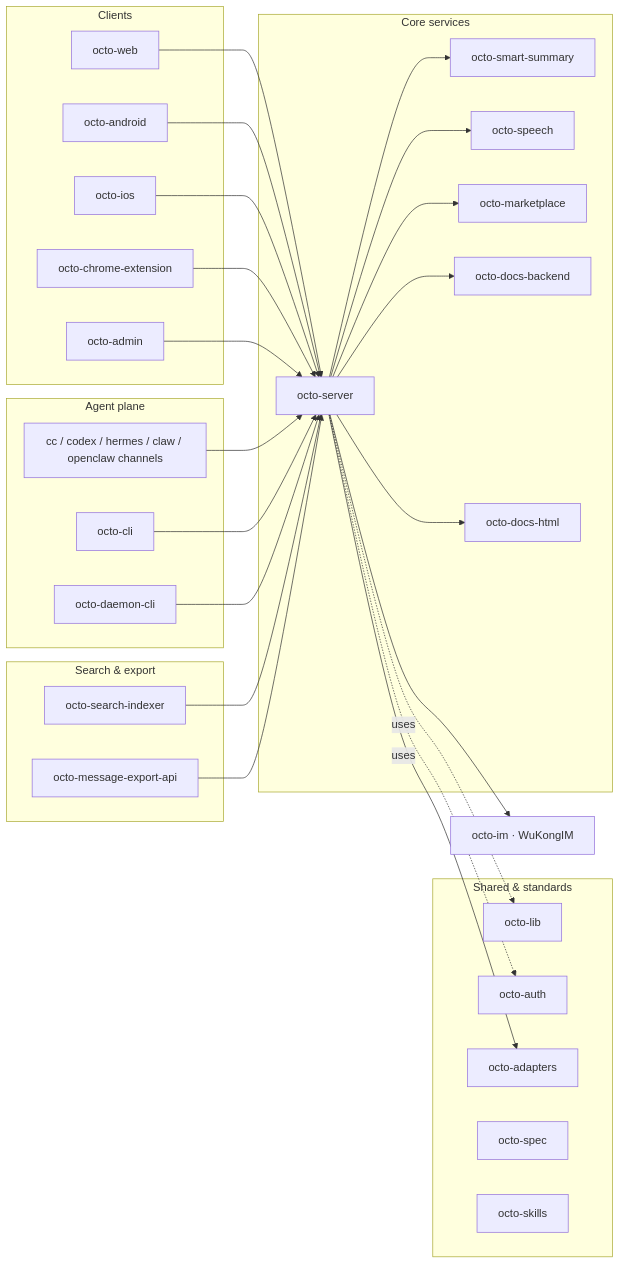
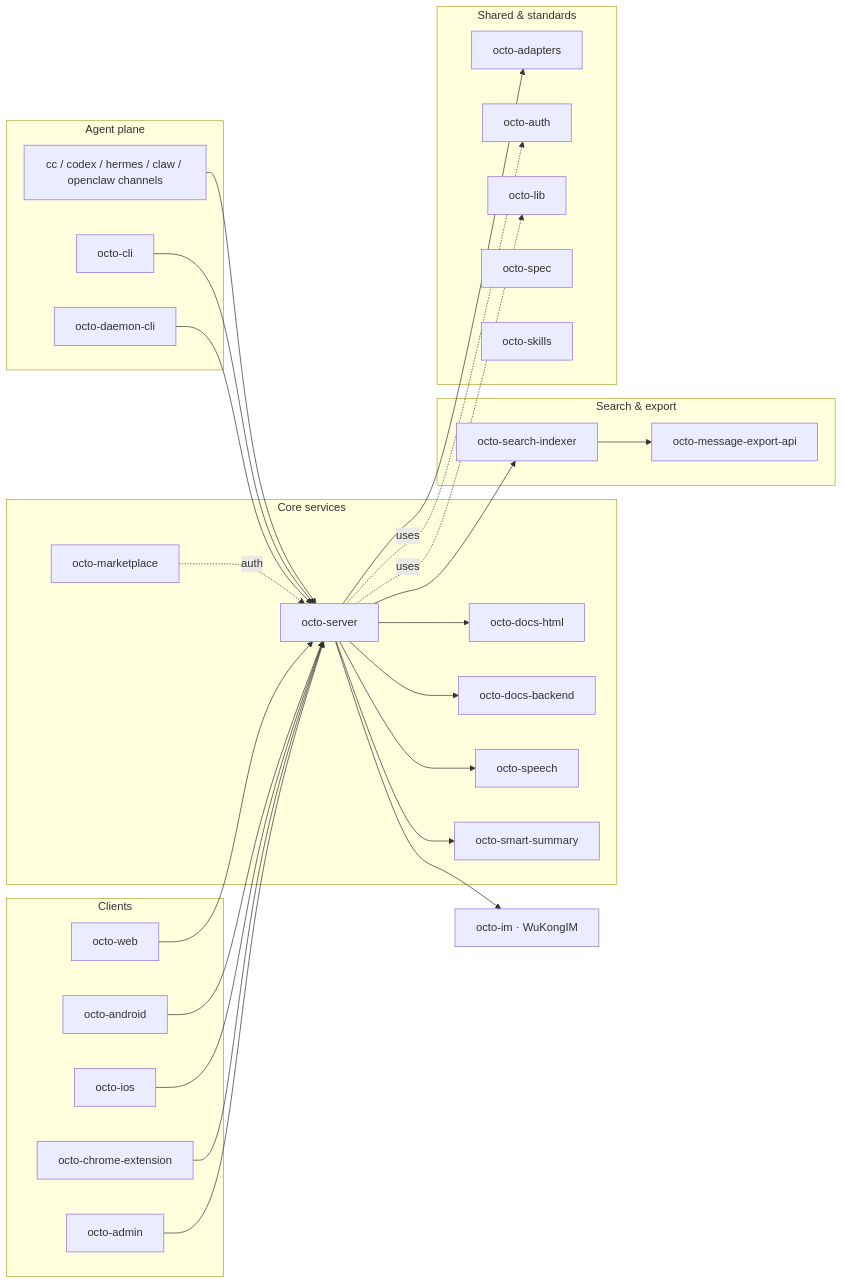
One commit to Mininglamp-OSS/octo-docs changed the diagram in ecosystem/repository-guide.mdx. Above: the diagram before and after it, drawn with Mermaid. The commit also changed 12 other files, not shown here.

First line of the commit message:
docs: fix diagram topology + drop remaining repo counts (review feedback)

````diff
--- a/ecosystem/repository-guide.mdx
+++ b/ecosystem/repository-guide.mdx
@@ -13,55 +13,55 @@
 ```mermaid
 graph LR
   subgraph clients["Clients"]
     web[octo-web]
     android[octo-android]
     ios[octo-ios]
     ext[octo-chrome-extension]
     adm[octo-admin]
   end
   subgraph coregrp["Core services"]
     server[octo-server]
     summary[octo-smart-summary]
     speech[octo-speech]
     market[octo-marketplace]
     dbe[octo-docs-backend]
     dhtml[octo-docs-html]
   end
   im[octo-im · WuKongIM]
   subgraph searchgrp["Search & export"]
     idx[octo-search-indexer]
     exp[octo-message-export-api]
   end
   subgraph agentgrp["Agent plane"]
     channels[cc / codex / hermes / claw / openclaw channels]
     cli[octo-cli]
     daemon[octo-daemon-cli]
   end
   subgraph sharedgrp["Shared & standards"]
     lib[octo-lib]
     auth[octo-auth]
     adapters[octo-adapters]
     spec[octo-spec]
     skills[octo-skills]
   end
 
   web --> server
   android --> server
   ios --> server
   ext --> server
   adm --> server
   server --> im
   server --> summary
   server --> speech
-  server --> market
+  market -.auth.-> server
   server --> dbe
   server --> dhtml
   channels --> server
   cli --> server
   daemon --> server
-  idx --> server
-  exp --> server
+  server --> idx
+  idx --> exp
   server -.uses.-> lib
   server -.uses.-> auth
   server --> adapters
 ```
````
